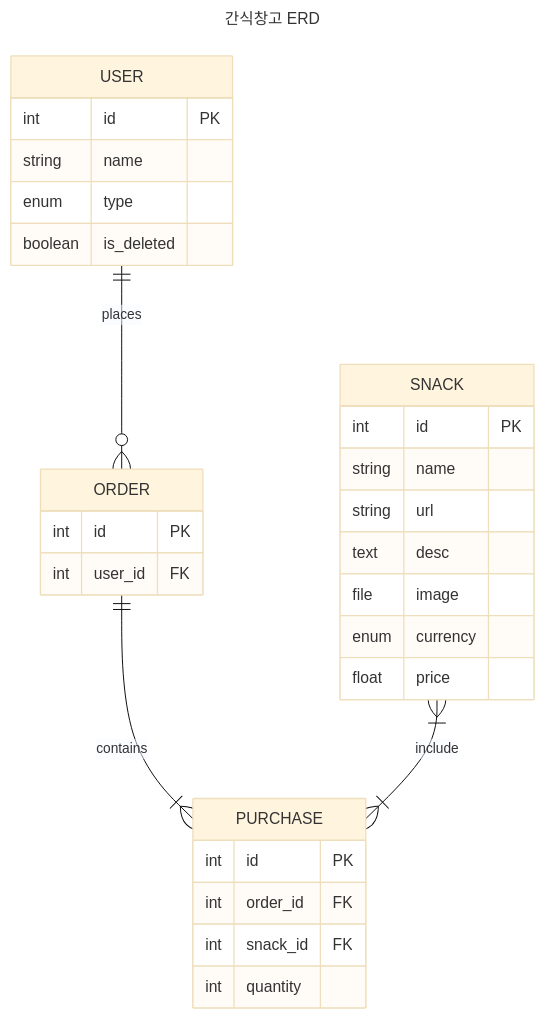
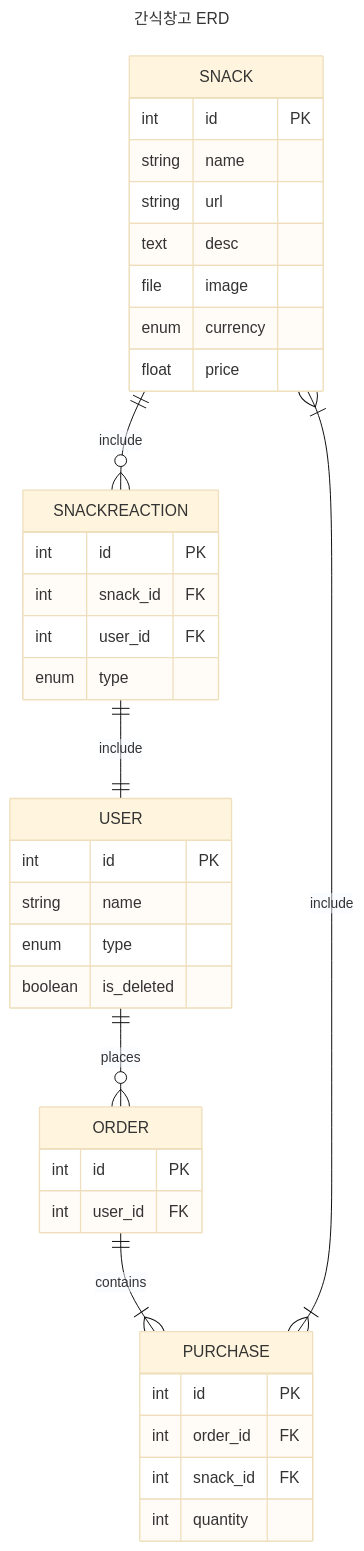
The fifth of 5 diagrams in README.md (orchwang/snack-manager-server), drawn with Mermaid (base theme) before and after one commit. The commit also changed other lines of this file and 5 other files, not shown here.

Commit message:
Update README Add member_type to user profile api response

````diff
--- a/README.md
+++ b/README.md
@@ -338,35 +338,43 @@
 ```mermaid
 ---
 title: 간식창고 ERD
 ---
 erDiagram
     USER ||--o{ ORDER : places
     ORDER ||--|{ PURCHASE: contains 
     SNACK }|--|{ PURCHASE: include
+    SNACK ||--o{ SNACKREACTION: include
+    SNACKREACTION ||--|| USER: include
 
     USER {
         int id PK
         string name
         enum type
         boolean is_deleted
     }
     ORDER {
         int id PK
         int user_id FK
     }
     PURCHASE {
         int id PK
         int order_id FK
         int snack_id FK
         int quantity
     }
     SNACK {
         int id PK
         string name
         string url
         text desc 
         file image
         enum currency
         float price
     }
+    SNACKREACTION {
+        int id PK
+        int snack_id FK
+        int user_id FK
+        enum type 
+    }
 ```
````
